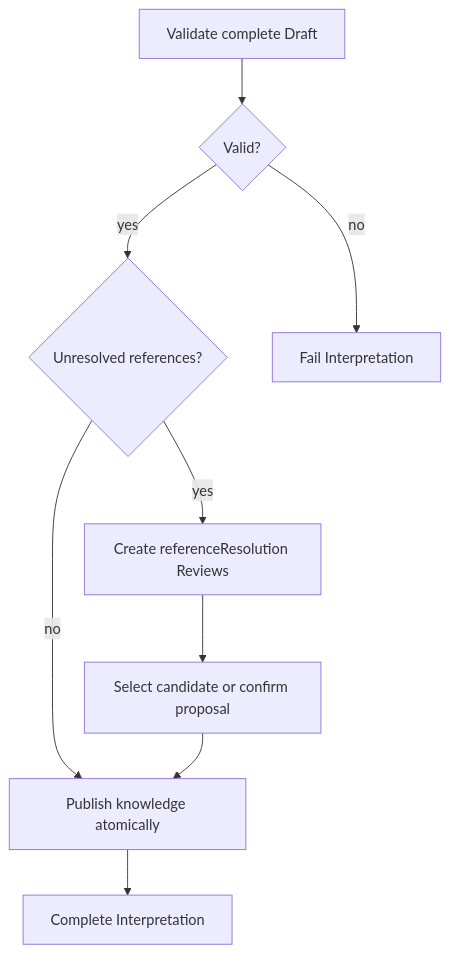
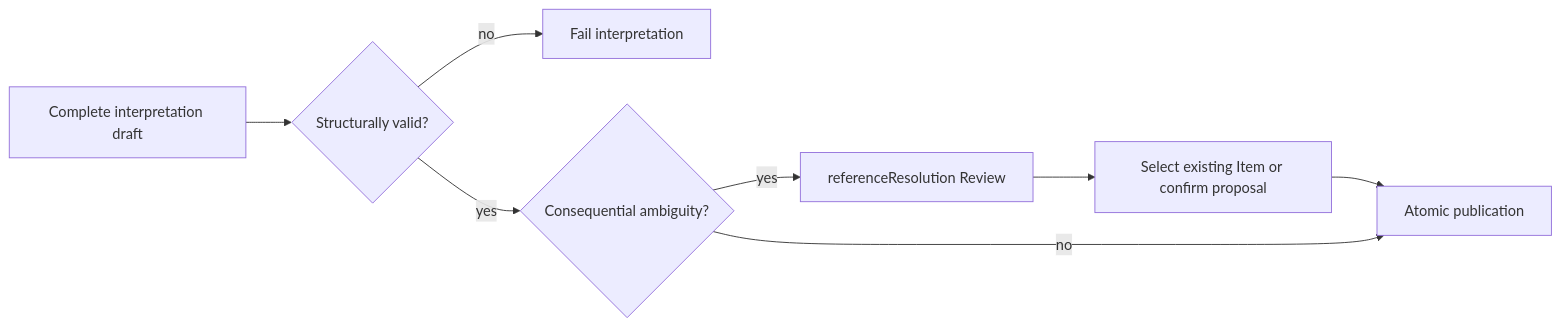
Before and after one commit to itmarck/wingman: the second of 9 diagrams in docs/flows.md, drawn with Mermaid. The commit also changed other lines of this file and 1 other file, not shown here.

Commit message:
docs: update flows and main diagram

````diff
--- a/docs/flows.md
+++ b/docs/flows.md
@@ -55,20 +36,10 @@
 ```mermaid
-flowchart TD
-    Draft[Validate complete Draft]
-    Valid{Valid?}
-    Unresolved{Unresolved references?}
-    Reviews[Create referenceResolution Reviews]
-    Resolve[Select candidate or confirm proposal]
-    Publish[Publish knowledge atomically]
-    Complete[Complete Interpretation]
-    Fail[Fail Interpretation]
-
-    Draft --> Valid
-    Valid -- no --> Fail
-    Valid -- yes --> Unresolved
-    Unresolved -- no --> Publish
-    Unresolved -- yes --> Reviews
-    Reviews --> Resolve
-    Resolve --> Publish
-    Publish --> Complete
+flowchart LR
+    Draft[Complete interpretation draft] --> Validate{Structurally valid?}
+    Validate -- no --> Fail[Fail interpretation]
+    Validate -- yes --> Ambiguous{Consequential ambiguity?}
+    Ambiguous -- yes --> Review[referenceResolution Review]
+    Review --> Resolve[Select existing Item or confirm proposal]
+    Resolve --> Publish[Atomic publication]
+    Ambiguous -- no --> Publish
 ```
````
